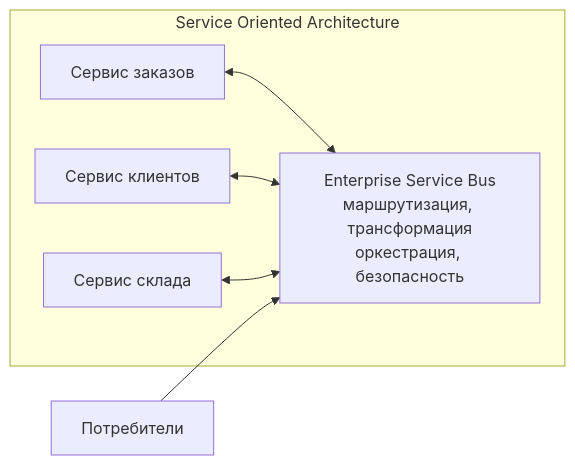
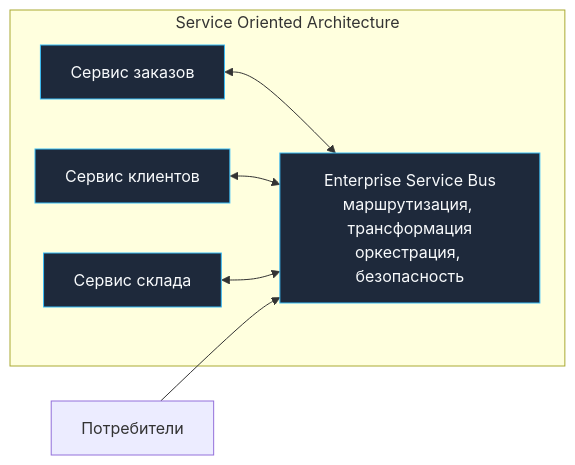
The first of 2 diagrams in sources/11. Архитектура и System Design/11. Service Oriented Architecture и эволюция архитектур.md (UnrealTemplier/go-textbook), drawn with Mermaid before and after one commit. The commit also changed other lines of this file and 1666 other files, not shown here.

First line of the commit message:
feat(mermaid): add semantic color classDef to 1369 colorless flowchart/graph diagrams

````diff
--- a/sources/11. Архитектура и System Design/11. Service Oriented Architecture и эволюция архитектур.md
+++ b/sources/11. Архитектура и System Design/11. Service Oriented Architecture и эволюция архитектур.md
@@ -31,14 +31,24 @@
 ```mermaid
 flowchart LR
+    classDef process  fill:#1e293b,stroke:#38bdf8,stroke-width:1px,color:#f8fafc
+    classDef success  fill:#064e3b,stroke:#34d399,stroke-width:1px,color:#f8fafc
+    classDef error    fill:#7f1d1d,stroke:#f87171,stroke-width:1px,color:#f8fafc
+    classDef warning  fill:#78350f,stroke:#fbbf24,stroke-width:1px,color:#f8fafc
+    classDef entry    fill:#1e3a5f,stroke:#38bdf8,stroke-width:2px,color:#f8fafc
+    classDef aux      fill:#334155,stroke:#64748b,stroke-width:1px,color:#f8fafc
+    classDef system   fill:#312e81,stroke:#a78bfa,stroke-width:1px,color:#f8fafc
+    classDef data     fill:#132d29,stroke:#2dd4bf,stroke-width:1px,color:#f8fafc
+    classDef network  fill:#881337,stroke:#fb7185,stroke-width:1px,color:#f8fafc
+    classDef accent   fill:#1e1b4b,stroke:#818cf8,stroke-width:1px,color:#f8fafc
     subgraph SOA["Service Oriented Architecture"]
-        S1["Сервис заказов"]
-        S2["Сервис клиентов"]
-        S3["Сервис склада"]
-        ESB["Enterprise Service Bus<br>маршрутизация, трансформация<br>оркестрация, безопасность"]
+        S1["Сервис заказов"]:::process
+        S2["Сервис клиентов"]:::process
+        S3["Сервис склада"]:::process
+        ESB["Enterprise Service Bus<br>маршрутизация, трансформация<br>оркестрация, безопасность"]:::process
     end
 
     S1 <--> ESB
     S2 <--> ESB
     S3 <--> ESB
     Consumer["Потребители"] --> ESB
 ```
````
